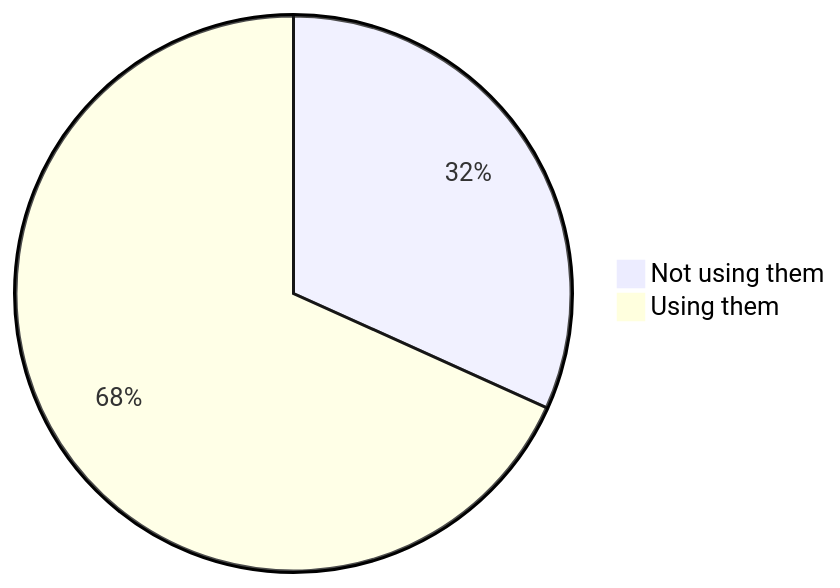
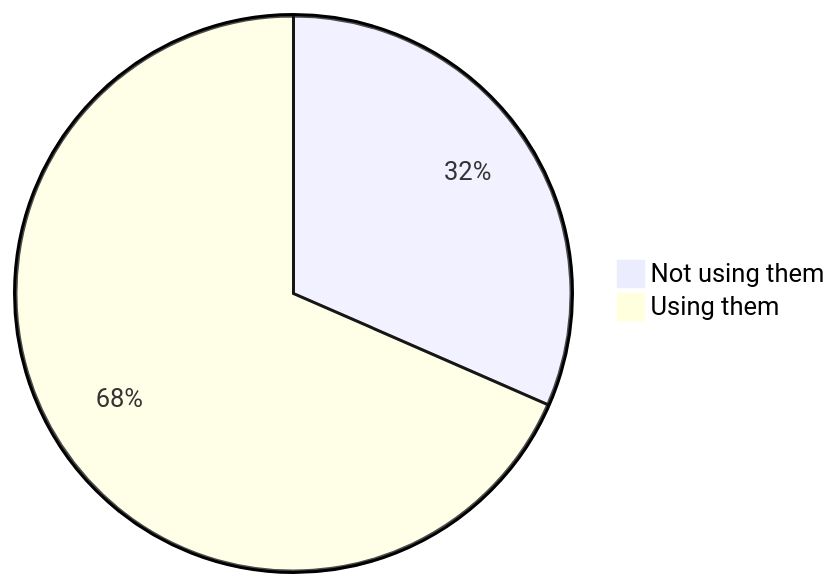
Before and after one commit to oshp/oshp-stats: the first of 22 diagrams in stats.md, drawn with Mermaid. The commit also changed other lines of this file, not shown here.

````diff
--- a/stats.md
+++ b/stats.md
@@ -10,6 +10,6 @@
 ```mermaid
 pie
-	"Not using them" : 31.75
-	"Using them" : 68.25
+	"Not using them" : 31.56
+	"Using them" : 68.44
 
 ```
````
